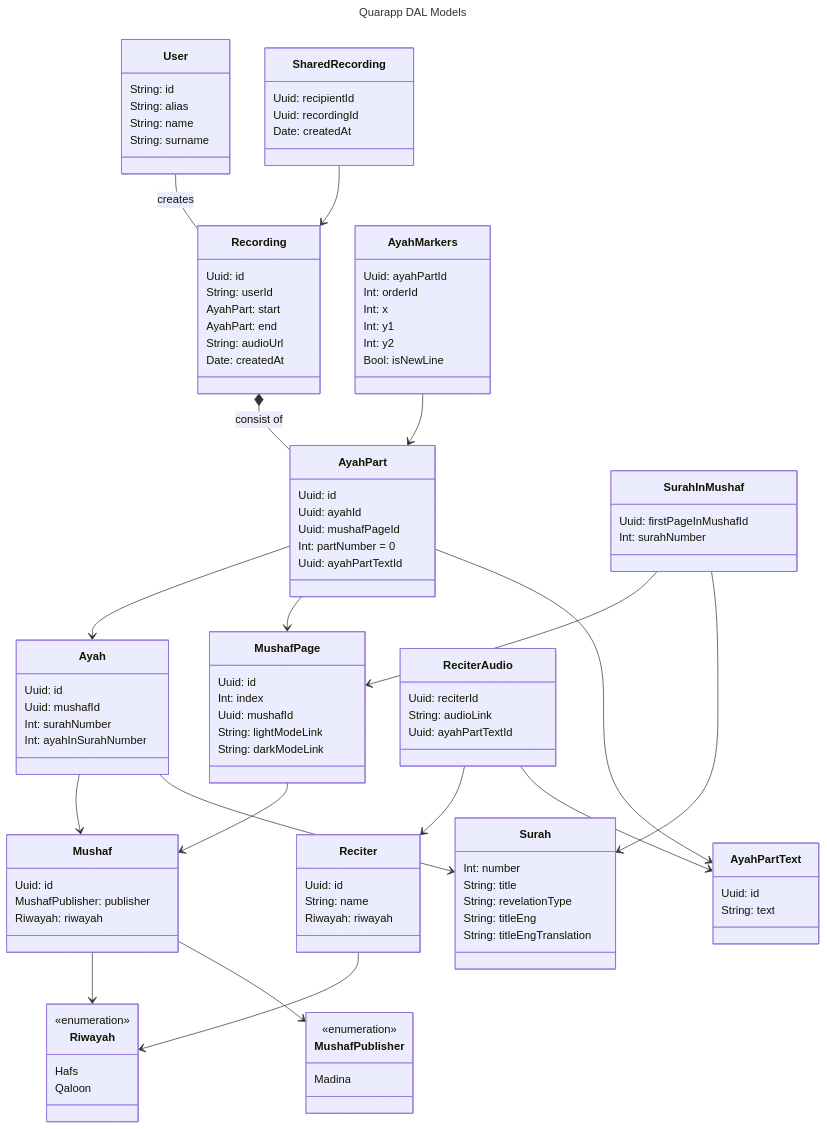
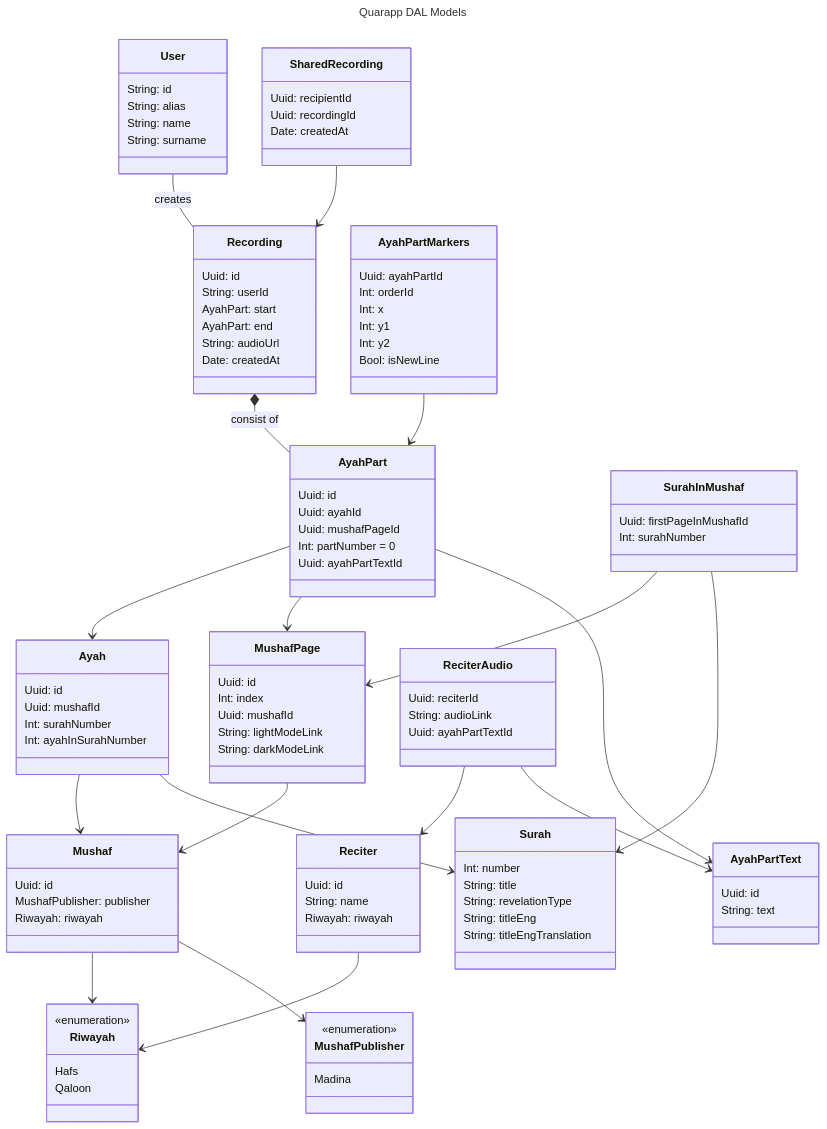
The diagram in models_mvp_v2.mmd (CrowdsourcingApps/QuaranApp_Backend), drawn with Mermaid before and after one commit. The commit also changed 17 other files, not shown here.

```diff
--- a/models_mvp_v2.mmd
+++ b/models_mvp_v2.mmd
@@ -1,107 +1,107 @@
 ---
 title: Quarapp DAL Models
 ---
 classDiagram
 class Riwayah {
     <<enumeration>>
     Hafs
     Qaloon
 }
 class MushafPublisher {
     <<enumeration>>
     Madina
 }
 class User {
     String: id
     String: alias
     String: name
     String: surname
 }
 class Mushaf {
     Uuid: id
     MushafPublisher: publisher
     Riwayah: riwayah
 }
 class Surah {
     Int: number
     String: title
     String: revelationType
     String: titleEng
     String: titleEngTranslation
 }
 class MushafPage {
     Uuid: id
     Int: index
     Uuid: mushafId
     String: lightModeLink
     String: darkModeLink
 }
 class Ayah {
     Uuid: id
     Uuid: mushafId
     Int: surahNumber
     Int: ayahInSurahNumber
 }
 class AyahPart {
     Uuid: id
     Uuid: ayahId
     Uuid: mushafPageId
     Int: partNumber = 0
     Uuid: ayahPartTextId
 }
 class SurahInMushaf {
     Uuid: firstPageInMushafId
     Int: surahNumber
 }
 class Recording {
     Uuid: id
     String: userId
     AyahPart: start
     AyahPart: end 
     String: audioUrl
     Date: createdAt
 }
 class SharedRecording {
     Uuid: recipientId
     Uuid: recordingId
     Date: createdAt
 }
-class AyahMarkers {
+class AyahPartMarkers {
     Uuid: ayahPartId
     Int: orderId
     Int: x
     Int: y1
     Int: y2
     Bool: isNewLine
 }
 class Reciter {
     Uuid: id
     String: name
     Riwayah: riwayah
 }
 class ReciterAudio {
     Uuid: reciterId
     String: audioLink
     Uuid: ayahPartTextId
 }
 class AyahPartText {
     Uuid: id
     String: text
 }
 Recording *-- AyahPart: consist of
 User -- Recording: creates
 AyahPart --> Ayah
 AyahPart --> MushafPage
 AyahPart --> AyahPartText
 Ayah --> Mushaf
 Mushaf --> Riwayah
 Mushaf --> MushafPublisher
 SharedRecording --> Recording
-AyahMarkers --> AyahPart
+AyahPartMarkers --> AyahPart
 MushafPage --> Mushaf
 SurahInMushaf --> MushafPage
 SurahInMushaf --> Surah
 Reciter --> Riwayah
 ReciterAudio --> Reciter
 ReciterAudio --> AyahPartText
 Ayah --> Surah
```
